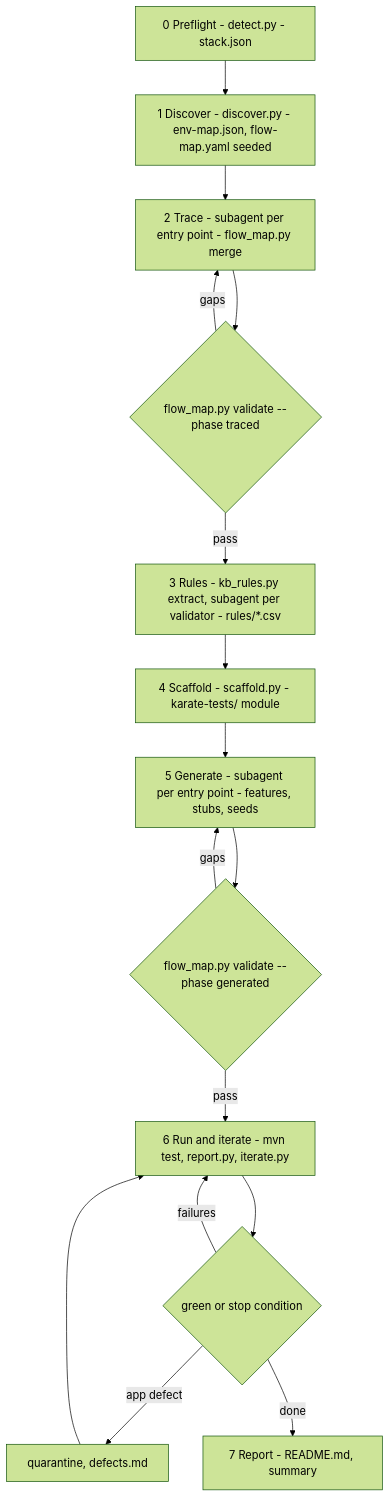
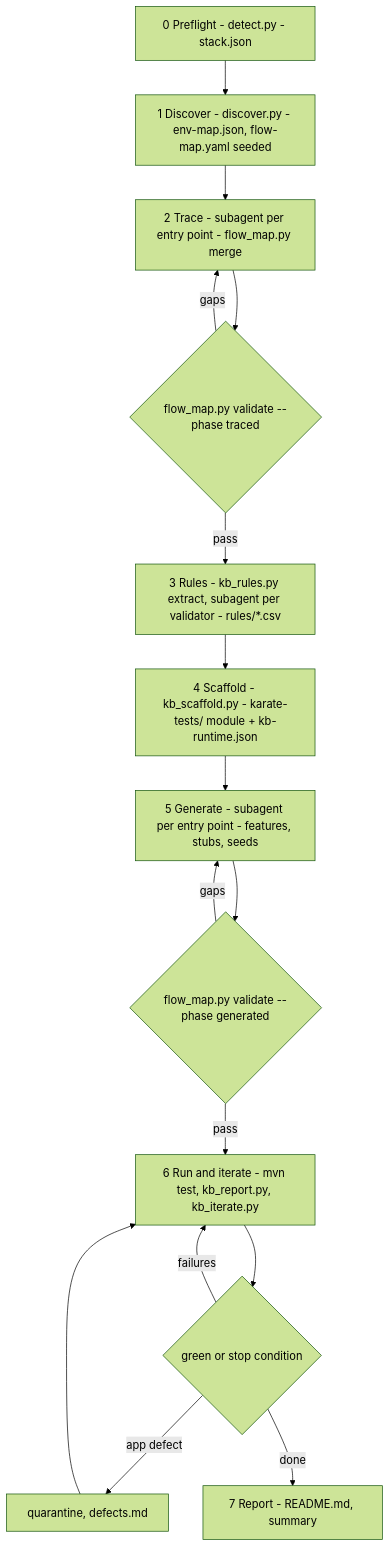
One commit to emp3thy/claude-skills changed the first of 2 diagrams in docs/superpowers/specs/2026-09-05-karate-bootstrap-design.md. Above: the diagram before and after it, drawn with Mermaid (forest theme). The commit also changed other lines of this file and 56 other files, not shown here.

First line of the commit message:
feat(karate-bootstrap): plan 2 harness template, scaffold, report, iterate, checkpoint (#8)

````diff
--- a/docs/superpowers/specs/2026-09-05-karate-bootstrap-design.md
+++ b/docs/superpowers/specs/2026-09-05-karate-bootstrap-design.md
@@ -50,18 +58,18 @@
 ```mermaid
 flowchart TD
   P0["0 Preflight - detect.py - stack.json"] --> P1["1 Discover - discover.py - env-map.json, flow-map.yaml seeded"]
   P1 --> P2["2 Trace - subagent per entry point - flow_map.py merge"]
   P2 --> V2{"flow_map.py validate --phase traced"}
   V2 -- gaps --> P2
   V2 -- pass --> P3["3 Rules - kb_rules.py extract, subagent per validator - rules/*.csv"]
-  P3 --> P4["4 Scaffold - scaffold.py - karate-tests/ module"]
+  P3 --> P4["4 Scaffold - kb_scaffold.py - karate-tests/ module + kb-runtime.json"]
   P4 --> P5["5 Generate - subagent per entry point - features, stubs, seeds"]
   P5 --> V5{"flow_map.py validate --phase generated"}
   V5 -- gaps --> P5
-  V5 -- pass --> P6["6 Run and iterate - mvn test, report.py, iterate.py"]
+  V5 -- pass --> P6["6 Run and iterate - mvn test, kb_report.py, kb_iterate.py"]
   P6 --> D6{"green or stop condition"}
   D6 -- failures --> P6
   D6 -- app defect --> Q["quarantine, defects.md"]
   Q --> P6
   D6 -- done --> P7["7 Report - README.md, summary"]
 ```
````
